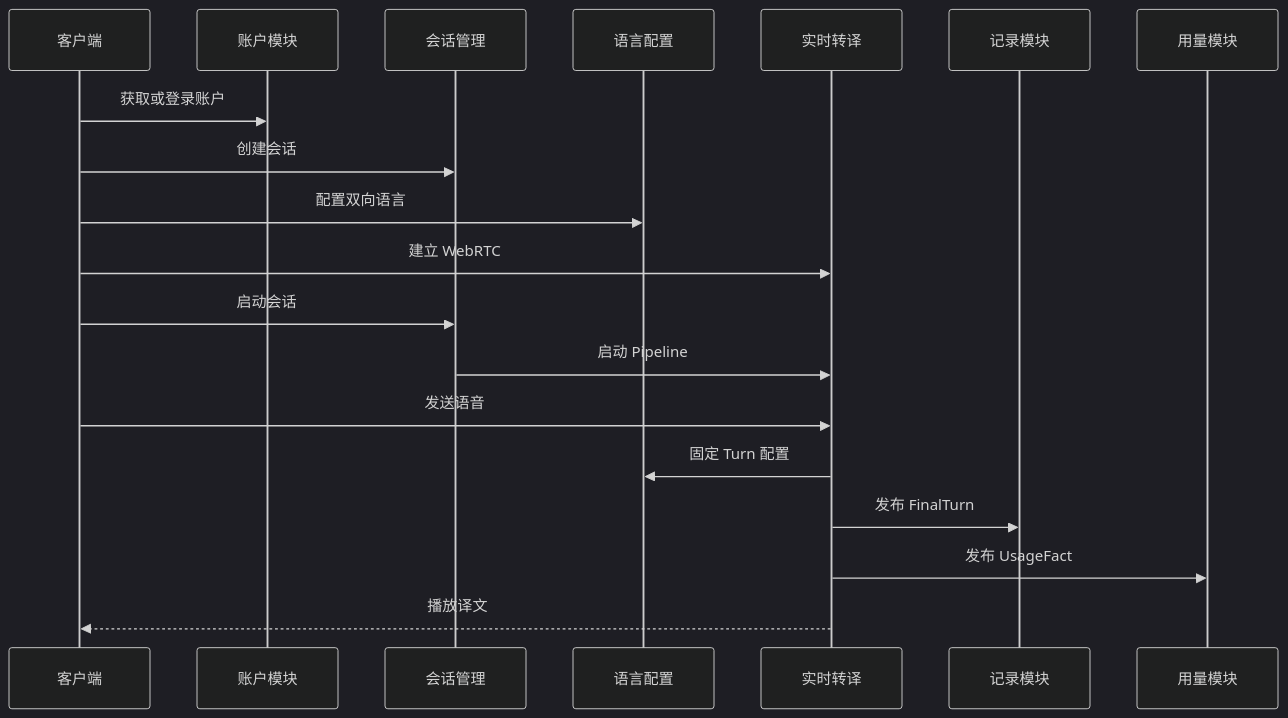
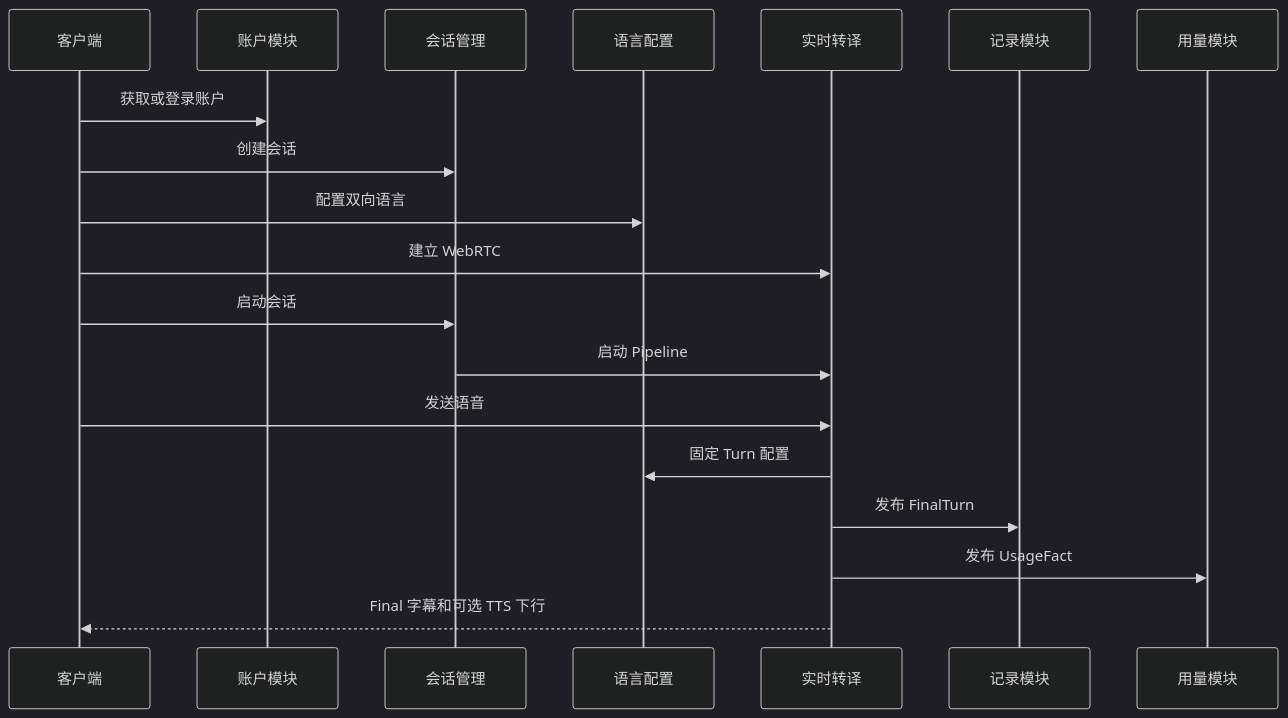
Diagram 14 of 15 in docs/LINGOW_DETAILED_MODULE_DESIGN.md (1024XEngineer/xe6-tsy), drawn with Mermaid (dark theme) before and after one commit. The commit also changed other lines of this file, not shown here.

````diff
--- a/docs/LINGOW_DETAILED_MODULE_DESIGN.md
+++ b/docs/LINGOW_DETAILED_MODULE_DESIGN.md
@@ -770,21 +938,21 @@
 ```mermaid
 sequenceDiagram
     participant Client as 客户端
     participant Account as 账户模块
     participant Session as 会话管理
     participant Language as 语言配置
     participant Realtime as 实时转译
     participant Records as 记录模块
     participant Usage as 用量模块
     Client->>Account: 获取或登录账户
     Client->>Session: 创建会话
     Client->>Language: 配置双向语言
     Client->>Realtime: 建立 WebRTC
     Client->>Session: 启动会话
     Session->>Realtime: 启动 Pipeline
     Client->>Realtime: 发送语音
     Realtime->>Language: 固定 Turn 配置
     Realtime->>Records: 发布 FinalTurn
     Realtime->>Usage: 发布 UsageFact
-    Realtime-->>Client: 播放译文
+    Realtime-->>Client: Final 字幕和可选 TTS 下行
 ```
````
